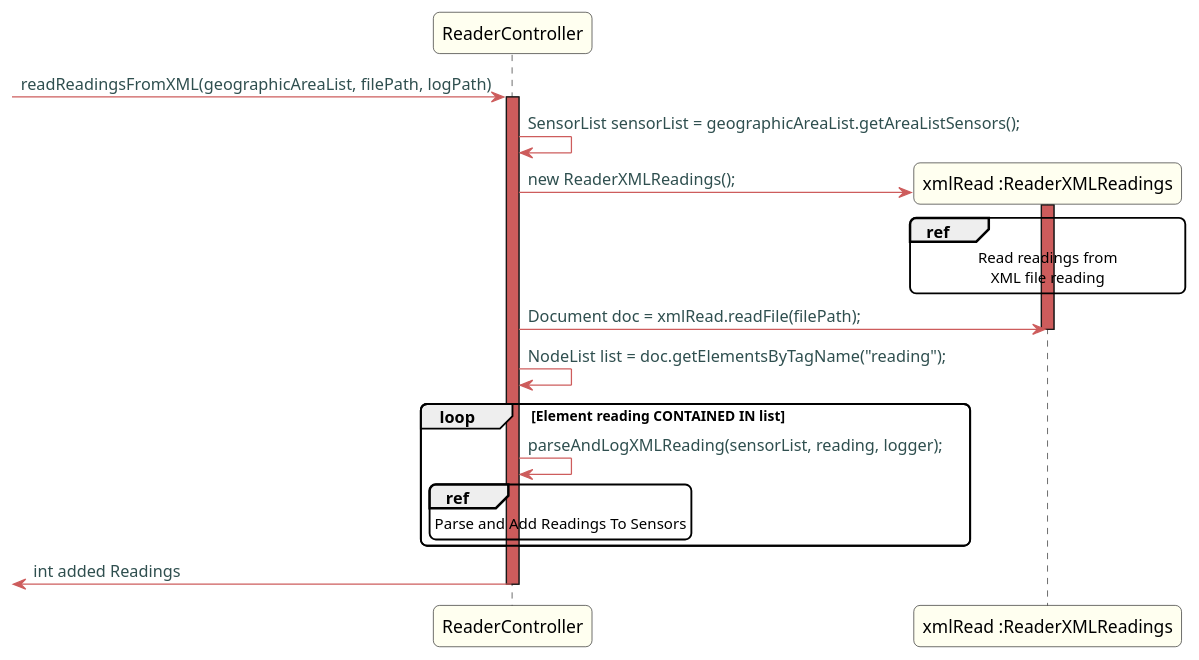
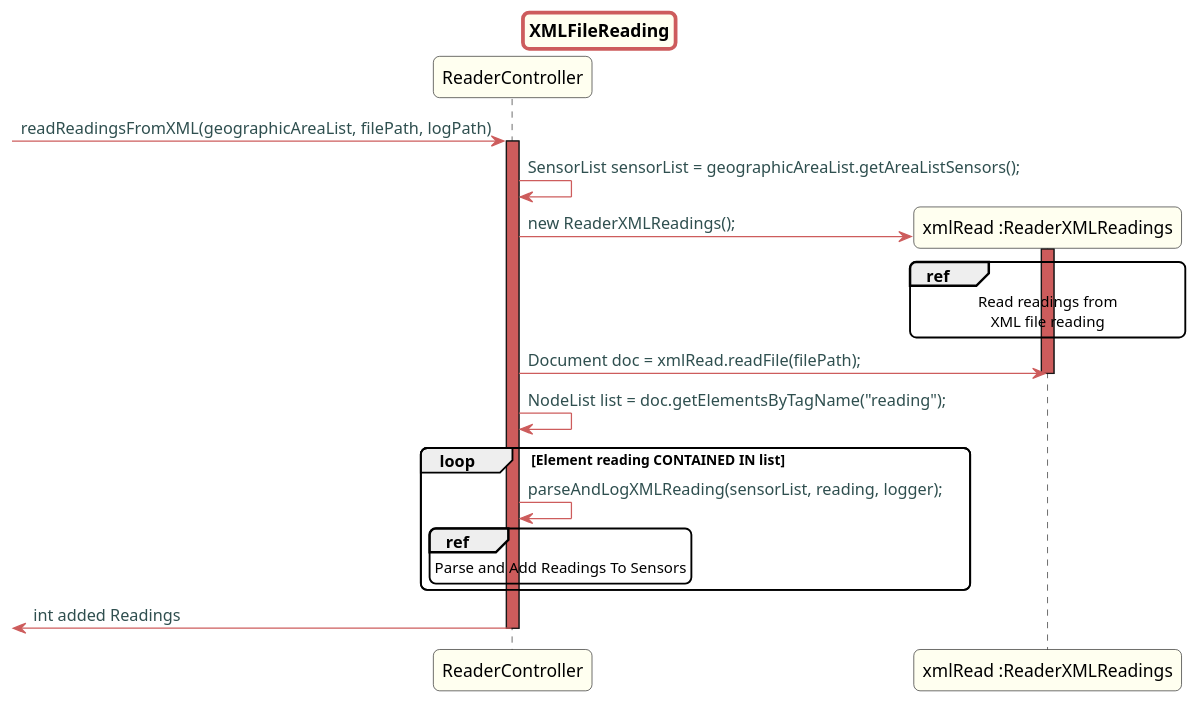
Before and after one commit to Almadanmp/project: the diagram in src/doc/Controllers/HouseConfiguration/US20v2/XML/XMLFileReading.puml, drawn with PlantUML. The commit also changed 16 other files, not shown here.

```diff
--- a/src/doc/Controllers/HouseConfiguration/US20v2/XML/XMLFileReading.puml
+++ b/src/doc/Controllers/HouseConfiguration/US20v2/XML/XMLFileReading.puml
@@ -1,57 +1,57 @@
 @startuml
 
 skinparam titleBorderRoundCorner 10
 skinparam titleBorderThickness 3
 skinparam titleBorderColor indianred
 skinparam titleBackgroundColor ivory
 skinparam FontName quicksand
 
 skinparam actor {
   BorderColor indianred
   }
 
 skinparam sequence {
   LifeLineBackgroundColor indianred
   ParticipantBackgroundColor ivory
 }
 
 skinparam roundcorner 10
 
 skinparam component {
   arrowThickness 1
   ArrowFontName Verdana
   ArrowColor indianred
   ArrowFontColor darkslategrey
 }
 
 
 
-
+title XMLFileReading
 -> ReaderController: readReadingsFromXML(geographicAreaList, filePath, logPath)
 activate ReaderController
 
 ReaderController -> ReaderController: SensorList sensorList = geographicAreaList.getAreaListSensors();
 create "xmlRead :ReaderXMLReadings"
 ReaderController -> "xmlRead :ReaderXMLReadings": new ReaderXMLReadings();
 activate "xmlRead :ReaderXMLReadings"
 ref over "xmlRead :ReaderXMLReadings"
 Read readings from
 XML file reading
 end ref
 ReaderController -> "xmlRead :ReaderXMLReadings": Document doc = xmlRead.readFile(filePath);
 deactivate "xmlRead :ReaderXMLReadings"
 
 ReaderController -> ReaderController: NodeList list = doc.getElementsByTagName("reading");
 
 loop  Element reading CONTAINED IN list
 ReaderController -> ReaderController: parseAndLogXMLReading(sensorList, reading, logger);
 ref over ReaderController
 Parse and Add Readings To Sensors
 end ref
 
 end
 
 <- ReaderController: int added Readings
 deactivate "ReaderController"
 
 @enduml
```
